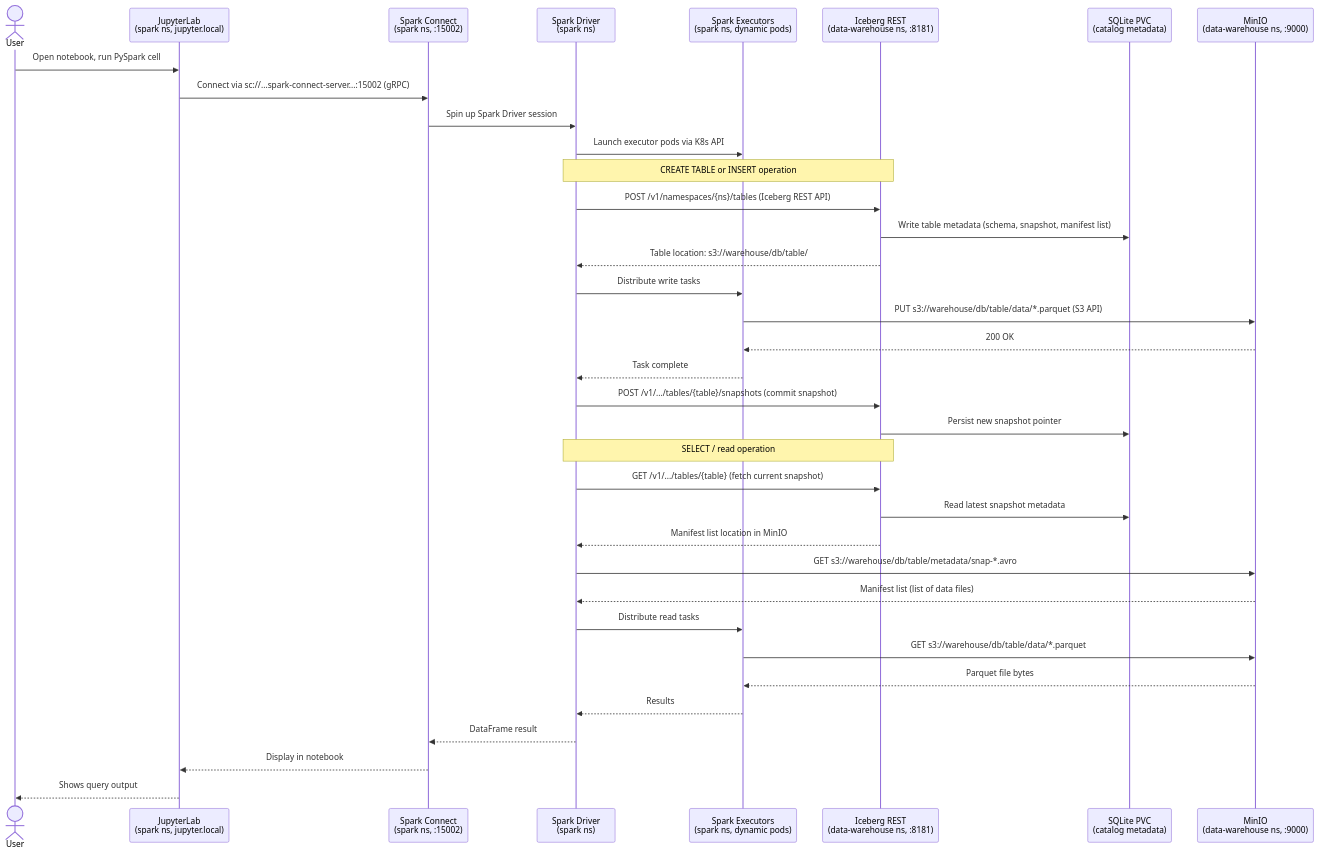
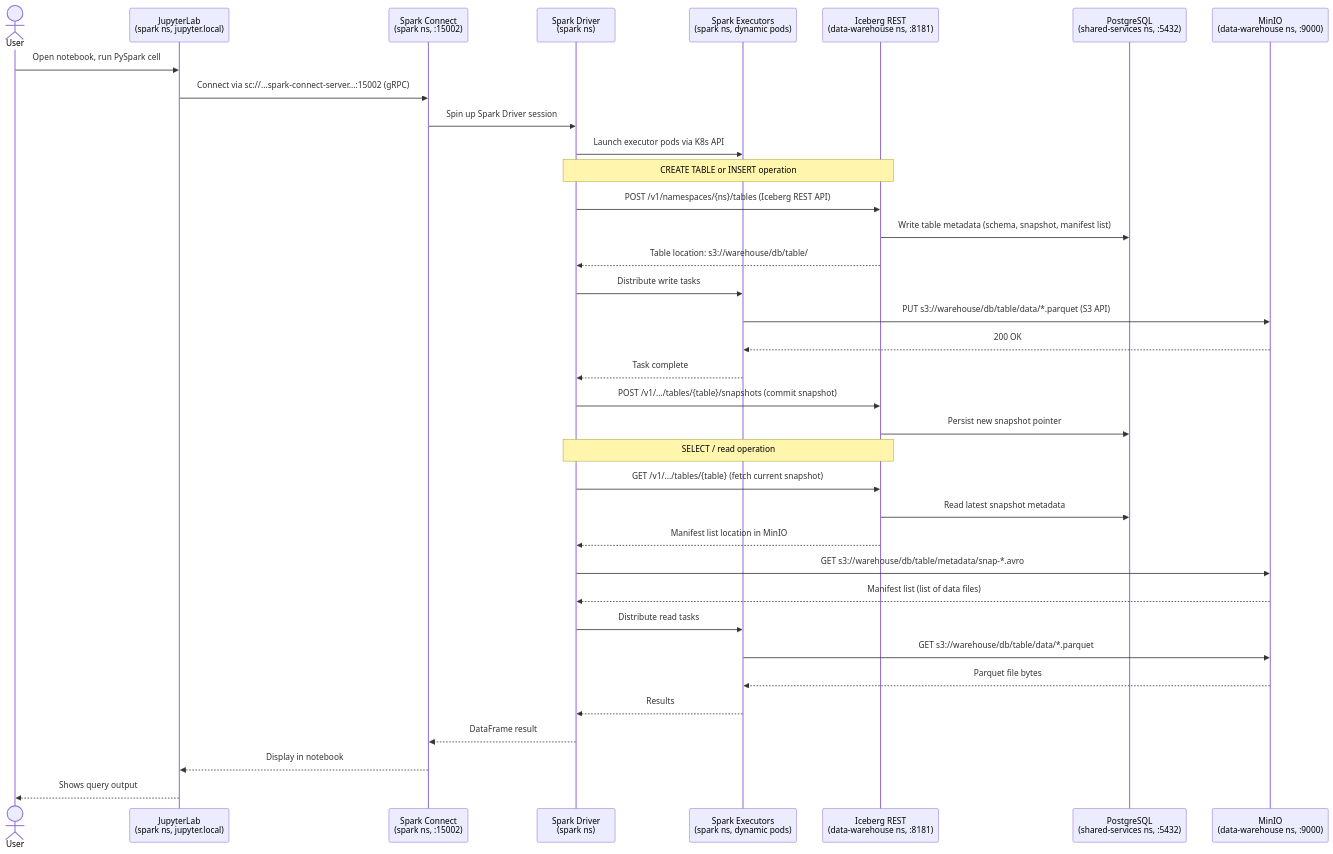
One commit to cukhoaimon/devoops-argocd changed the fifth of 9 diagrams in docs/architecture.md. Above: the diagram before and after it, drawn with Mermaid. The commit also changed other lines of this file and 27 other files, not shown here.

````diff
--- a/docs/architecture.md
+++ b/docs/architecture.md
@@ -179,42 +189,42 @@
 ```mermaid
 sequenceDiagram
   actor User
   participant JL as JupyterLab<br/>(spark ns, jupyter.local)
   participant SC as Spark Connect<br/>(spark ns, :15002)
   participant SD as Spark Driver<br/>(spark ns)
   participant SE as Spark Executors<br/>(spark ns, dynamic pods)
   participant IR as Iceberg REST<br/>(data-warehouse ns, :8181)
-  participant SQ as SQLite PVC<br/>(catalog metadata)
+  participant PG as PostgreSQL<br/>(shared-services ns, :5432)
   participant MN as MinIO<br/>(data-warehouse ns, :9000)
 
   User->>JL: Open notebook, run PySpark cell
   JL->>SC: Connect via sc://...spark-connect-server...:15002 (gRPC)
   SC->>SD: Spin up Spark Driver session
   SD->>SE: Launch executor pods via K8s API
 
   Note over SD,IR: CREATE TABLE or INSERT operation
   SD->>IR: POST /v1/namespaces/{ns}/tables (Iceberg REST API)
-  IR->>SQ: Write table metadata (schema, snapshot, manifest list)
+  IR->>PG: Write table metadata (schema, snapshot, manifest list)
   IR-->>SD: Table location: s3://warehouse/db/table/
 
   SD->>SE: Distribute write tasks
   SE->>MN: PUT s3://warehouse/db/table/data/*.parquet (S3 API)
   MN-->>SE: 200 OK
   SE-->>SD: Task complete
   SD->>IR: POST /v1/.../tables/{table}/snapshots (commit snapshot)
-  IR->>SQ: Persist new snapshot pointer
+  IR->>PG: Persist new snapshot pointer
 
   Note over SD,IR: SELECT / read operation
   SD->>IR: GET /v1/.../tables/{table} (fetch current snapshot)
-  IR->>SQ: Read latest snapshot metadata
+  IR->>PG: Read latest snapshot metadata
   IR-->>SD: Manifest list location in MinIO
   SD->>MN: GET s3://warehouse/db/table/metadata/snap-*.avro
   MN-->>SD: Manifest list (list of data files)
   SD->>SE: Distribute read tasks
   SE->>MN: GET s3://warehouse/db/table/data/*.parquet
   MN-->>SE: Parquet file bytes
   SE-->>SD: Results
   SD-->>SC: DataFrame result
   SC-->>JL: Display in notebook
   JL-->>User: Shows query output
 ```
````
